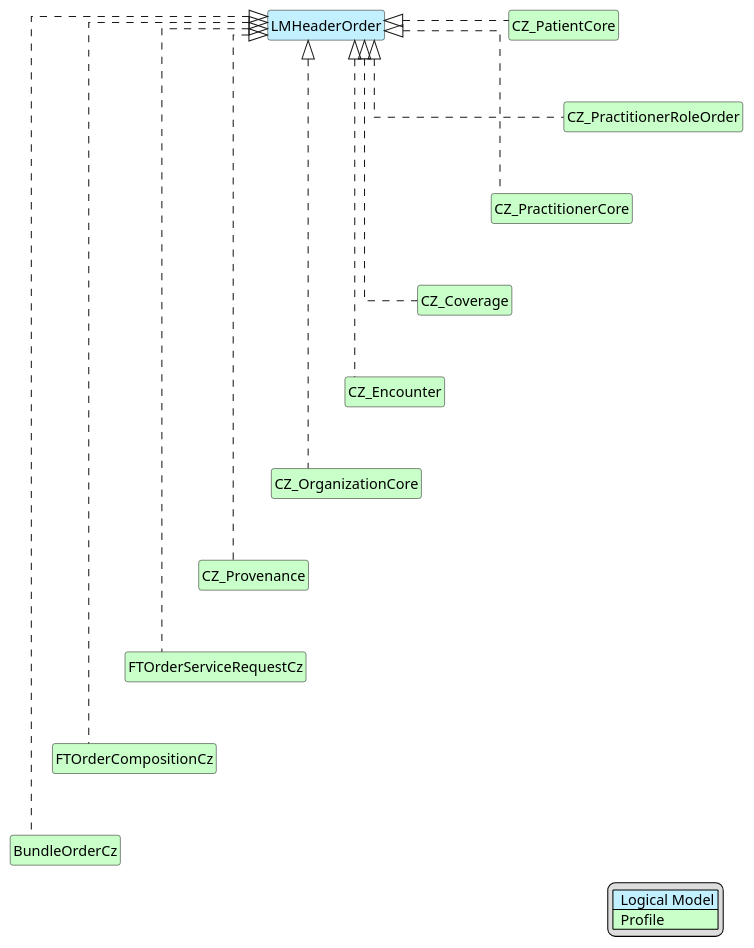
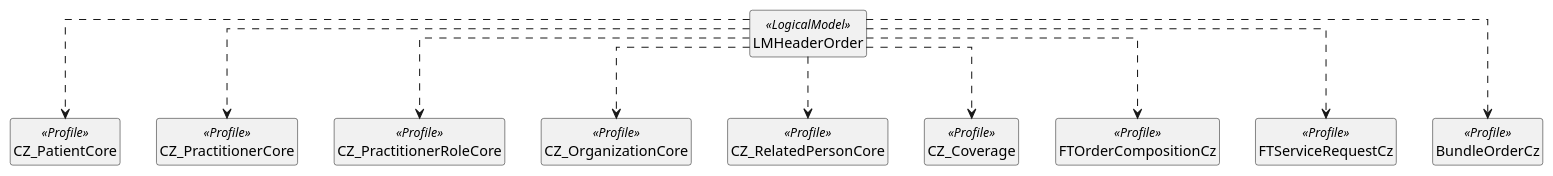
The diagram in input/images-source/FT-Header-map.plantuml (HL7-cz/k-order), drawn with PlantUML before and after one commit. The commit also changed 48 other files, not shown here.

```diff
--- a/input/images-source/FT-Header-map.plantuml
+++ b/input/images-source/FT-Header-map.plantuml
@@ -1,61 +1,25 @@
 @startuml
-
+' Generated by scripts/sync-header-mapping.py
 hide circle
-hide stereotype
 hide members
-hide methods
-
 skinparam linetype ortho
-
-skinparam class {
-BackgroundColor<<LogicalModel>> #APPLICATION
-BackgroundColor<<Profile>> #TECHNOLOGY
-}
-
-legend right
-| <#APPLICATION>  Logical Model |
-| <#TECHNOLOGY>  Profile |
-endlegend
-
-class "LMHeaderOrder" <<LogicalModel>> [[StructureDefinition-LMHeaderOrder.html]]
-
-class "CZ_PatientCore" <<Profile>> [[https://hl7.cz/fhir/core/StructureDefinition-cz-patient-core.html]]
-"LMHeaderOrder" <|. "CZ_PatientCore"
-
-class "CZ_PractitionerRoleOrder" <<Profile>> [[https://hl7.cz/fhir/core/StructureDefinition-practitionerrole-cz-order.html]]
-"LMHeaderOrder" <|. "CZ_PractitionerRoleOrder"
-"CZ_PatientCore" -d[hidden]-> "CZ_PractitionerRoleOrder"
-
-class "CZ_PractitionerCore" <<Profile>> [[https://hl7.cz/fhir/core/StructureDefinition-cz-practitioner-core.html]]
-"LMHeaderOrder" <|. "CZ_PractitionerCore"
-"CZ_PractitionerRoleOrder" -d[hidden]-> "CZ_PractitionerCore"
-
-class "CZ_Coverage" <<Profile>> [[https://hl7.cz/fhir/core/StructureDefinition-cz-coverage.html]]
-"LMHeaderOrder" <|. "CZ_Coverage"
-"CZ_PractitionerCore" -d[hidden]-> "CZ_Coverage"
-
-class "CZ_Encounter" <<Profile>> [[https://hl7.cz/fhir/core/StructureDefinition-encounter-cz-core.html]]
-"LMHeaderOrder" <|. "CZ_Encounter"
-"CZ_Coverage" -d[hidden]-> "CZ_Encounter"
-
-class "CZ_OrganizationCore" <<Profile>> [[https://hl7.cz/fhir/core/StructureDefinition-cz-organization-core.html]]
-"LMHeaderOrder" <|. "CZ_OrganizationCore"
-"CZ_Encounter" -d[hidden]-> "CZ_OrganizationCore"
-
-class "CZ_Provenance" <<Profile>> [[https://hl7.cz/fhir/core/StructureDefinition-cz-provenance.html]]
-"LMHeaderOrder" <|. "CZ_Provenance"
-"CZ_OrganizationCore" -d[hidden]-> "CZ_Provenance"
-
-class "FTOrderServiceRequestCz" <<Profile>> [[StructureDefinition-FTServiceRequestCz.html]]
-"LMHeaderOrder" <|. "FTOrderServiceRequestCz"
-"CZ_Provenance" -d[hidden]-> "FTOrderServiceRequestCz"
-    
-class "FTOrderCompositionCz" <<Profile>> [[StructureDefinition-FTOrderCompositionCz.html]]
-"LMHeaderOrder" <|. "FTOrderCompositionCz"
-"FTOrderServiceRequestCz" -d[hidden]-> "FTOrderCompositionCz"
-
-class "BundleOrderCz" <<Profile>> [[StructureDefinition-BundleOrderCz.html]]
-"LMHeaderOrder" <|. "BundleOrderCz"
-"FTOrderCompositionCz" -d[hidden]-> "BundleOrderCz"
-
+class "LMHeaderOrder" as Header <<LogicalModel>> [[StructureDefinition-LMHeaderOrder.html]]
+class "CZ_PatientCore" as Target0 <<Profile>> [[https://hl7.cz/fhir/core/StructureDefinition-cz-patient-core.html]]
+Header ..> Target0
+class "CZ_PractitionerCore" as Target1 <<Profile>> [[https://hl7.cz/fhir/core/StructureDefinition-cz-practitioner-core.html]]
+Header ..> Target1
+class "CZ_PractitionerRoleCore" as Target2 <<Profile>> [[https://hl7.cz/fhir/core/StructureDefinition-cz-practitionerrole-core.html]]
+Header ..> Target2
+class "CZ_OrganizationCore" as Target3 <<Profile>> [[https://hl7.cz/fhir/core/StructureDefinition-cz-organization-core.html]]
+Header ..> Target3
+class "CZ_RelatedPersonCore" as Target4 <<Profile>> [[https://hl7.cz/fhir/core/StructureDefinition-cz-relatedPerson-core.html]]
+Header ..> Target4
+class "CZ_Coverage" as Target5 <<Profile>> [[https://hl7.cz/fhir/core/StructureDefinition-cz-coverage.html]]
+Header ..> Target5
+class "FTOrderCompositionCz" as Target6 <<Profile>> [[StructureDefinition-FTOrderCompositionCz.html]]
+Header ..> Target6
+class "FTServiceRequestCz" as Target7 <<Profile>> [[StructureDefinition-FTServiceRequestCz.html]]
+Header ..> Target7
+class "BundleOrderCz" as Target8 <<Profile>> [[StructureDefinition-BundleOrderCz.html]]
+Header ..> Target8
 @enduml
```
